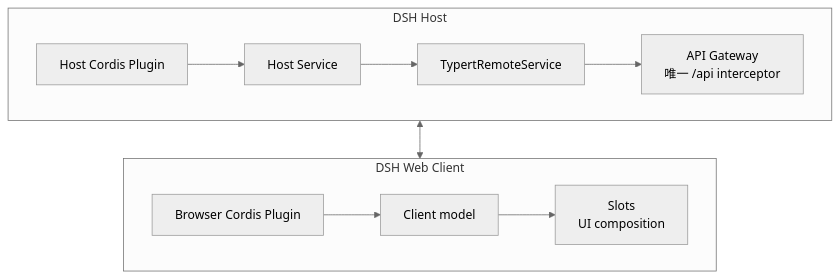
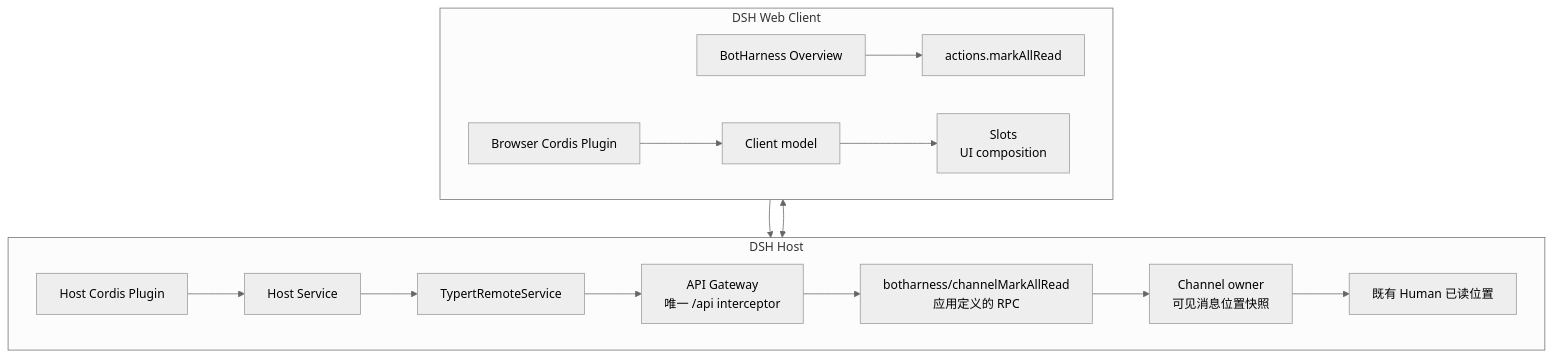
Before and after one commit to BotHarness/BotHarness: the diagram in docs/architecture/diagrams/09-dsh-host-client.mmd, drawn with Mermaid (neutral theme). The commit also changed 19 other files, not shown here.

First line of the commit message:
fix: guard read reconciliation and publish Overview QA evidence

```diff
--- a/docs/architecture/diagrams/09-dsh-host-client.mmd
+++ b/docs/architecture/diagrams/09-dsh-host-client.mmd
@@ -1,13 +1,18 @@
 flowchart TB
   subgraph Host["DSH Host"]
     direction LR
     HostPlugin["Host Cordis Plugin"] --> Service["Host Service"]
     Service --> Remote["TypertRemoteService"]
+    ReadRPC["botharness/channelMarkAllRead<br/>应用定义的 RPC"] --> Channels["Channel owner<br/>可见消息位置快照"]
+    Channels --> ReadPositions["既有 Human 已读位置"]
     Remote --> Gateway["API Gateway<br/>唯一 /api interceptor"]
   end
   subgraph Browser["DSH Web Client"]
     direction LR
     ClientPlugin["Browser Cordis Plugin"] --> Model["Client model"]
+    Overview["BotHarness Overview"] --> ReadAction["actions.markAllRead"]
     Model --> Slots["Slots<br/>UI composition"]
   end
   Gateway <--> Model
+  ReadAction --> Gateway
+  Gateway --> ReadRPC
```
